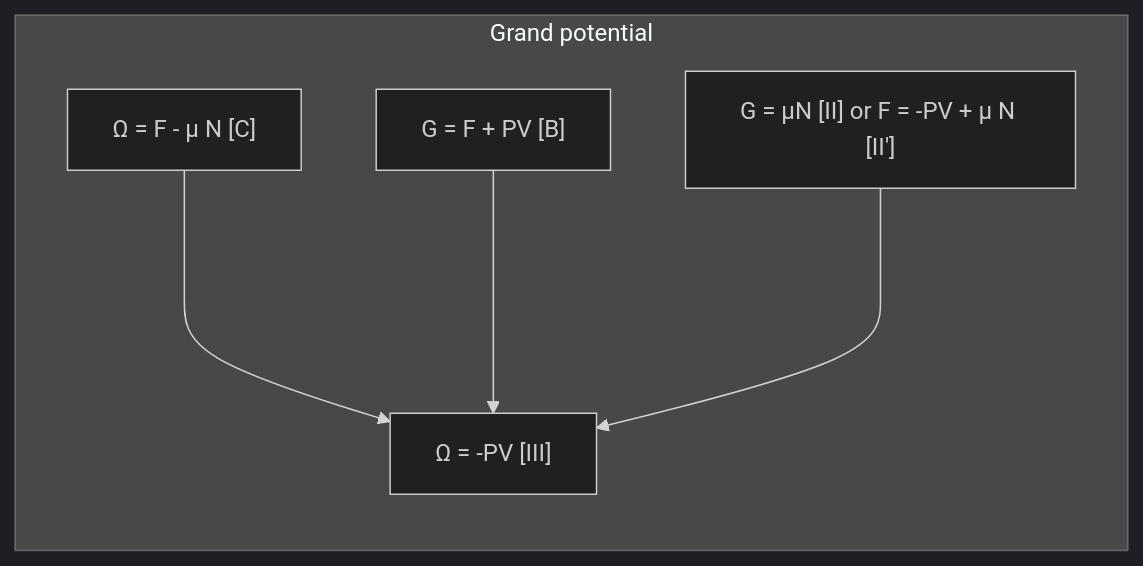
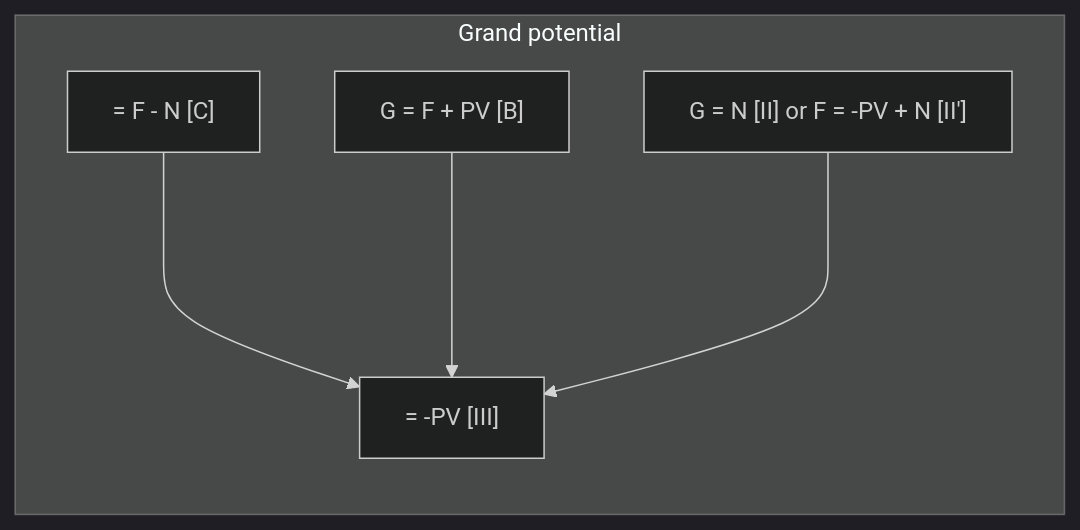
The second of 2 diagrams in thermodynamic_functions.md (yamato97/science), drawn with Mermaid (dark theme) before and after one commit.

````diff
--- a/thermodynamic_functions.md
+++ b/thermodynamic_functions.md
@@ -14,8 +14,8 @@
 ```mermaid
 graph LR
 subgraph Grand potential
-EC["&Omega; = F - &mu; N [C]"]--->EIII["&Omega; = -PV [III]"]
+EC[" = F -  N [C]"]--->EIII[" = -PV [III]"]
 EB["G = F + PV [B]"]--->EIII
-EIIdash["G = &mu;N [II] or F = -PV + &mu; N [II']"]--->EIII
+EIIdash["G = N [II] or F = -PV + N [II']"]--->EIII
 end
 ```
````
